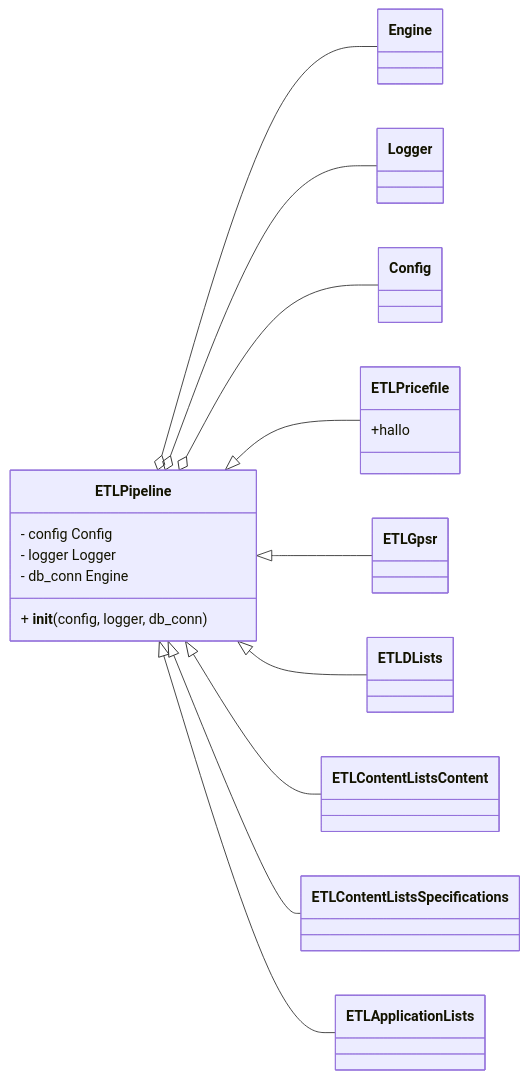
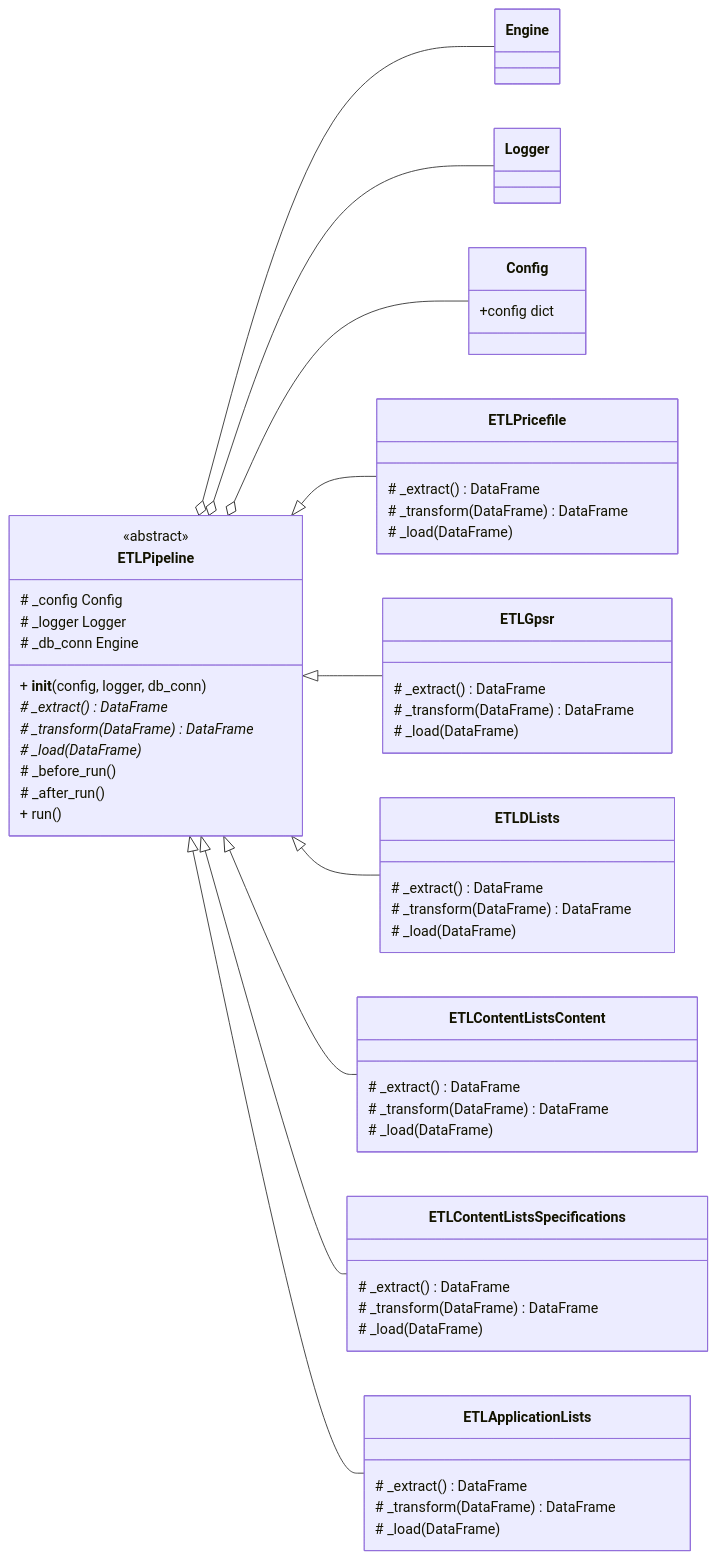
The diagram in docs/uml-klassendiagramm.md (teses/python_cc_fsm2_kw28_etl), drawn with Mermaid before and after one commit. The commit also changed 3 other files, not shown here.

````diff
--- a/docs/uml-klassendiagramm.md
+++ b/docs/uml-klassendiagramm.md
@@ -4,33 +4,77 @@
 ```mermaid
 classDiagram   
 direction LR
 
 class Engine { }
 class Logger { }
-class Config { }
+class Config { 
+    +config dict
+}
 
 
 class ETLPipeline {
-    - config Config
-    - logger Logger
-    - db_conn Engine
+    <<abstract>>
+    # _config Config
+    # _logger Logger
+    # _db_conn Engine
     
     + __init__(config, logger, db_conn)
+    
+    # _extract()* DataFrame 
+    # _transform(DataFrame)* DataFrame
+    # _load(DataFrame)*
+    
+    # _before_run()
+    # _after_run()
+    
+    + run()
 }
 
 class ETLPricefile {
-    +hallo
+    # _extract() DataFrame 
+    # _transform(DataFrame) DataFrame
+    # _load(DataFrame)
+}
+
+class ETLGpsr {
+    # _extract() DataFrame 
+    # _transform(DataFrame) DataFrame
+    # _load(DataFrame)
+}
+
+class ETLDLists {
+    # _extract() DataFrame 
+    # _transform(DataFrame) DataFrame
+    # _load(DataFrame)
+}
+
+class ETLContentListsContent {
+    # _extract() DataFrame 
+    # _transform(DataFrame) DataFrame
+    # _load(DataFrame)
+}
+
+class ETLContentListsSpecifications {
+    # _extract() DataFrame 
+    # _transform(DataFrame) DataFrame
+    # _load(DataFrame)
+}
+
+class ETLApplicationLists {
+    # _extract() DataFrame 
+    # _transform(DataFrame) DataFrame
+    # _load(DataFrame)
 }
 
 ETLPipeline o-- Engine
 ETLPipeline o-- Logger
 ETLPipeline o-- Config
 
 ETLPipeline <|-- ETLPricefile
 ETLPipeline <|-- ETLGpsr
 ETLPipeline <|-- ETLDLists
 ETLPipeline <|-- ETLContentListsContent
 ETLPipeline <|-- ETLContentListsSpecifications
 ETLPipeline <|-- ETLApplicationLists
 
 ```
````
